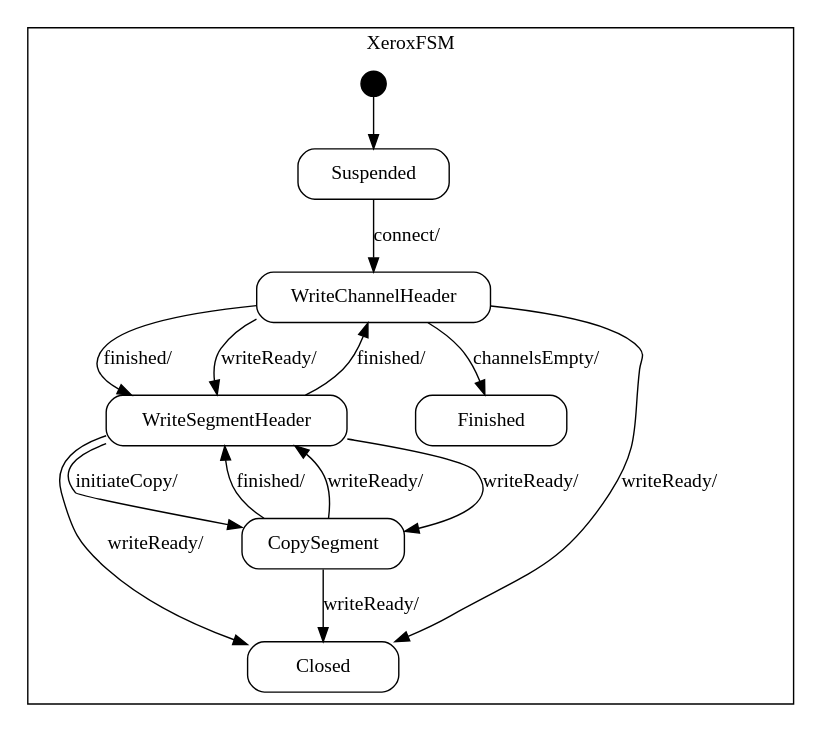
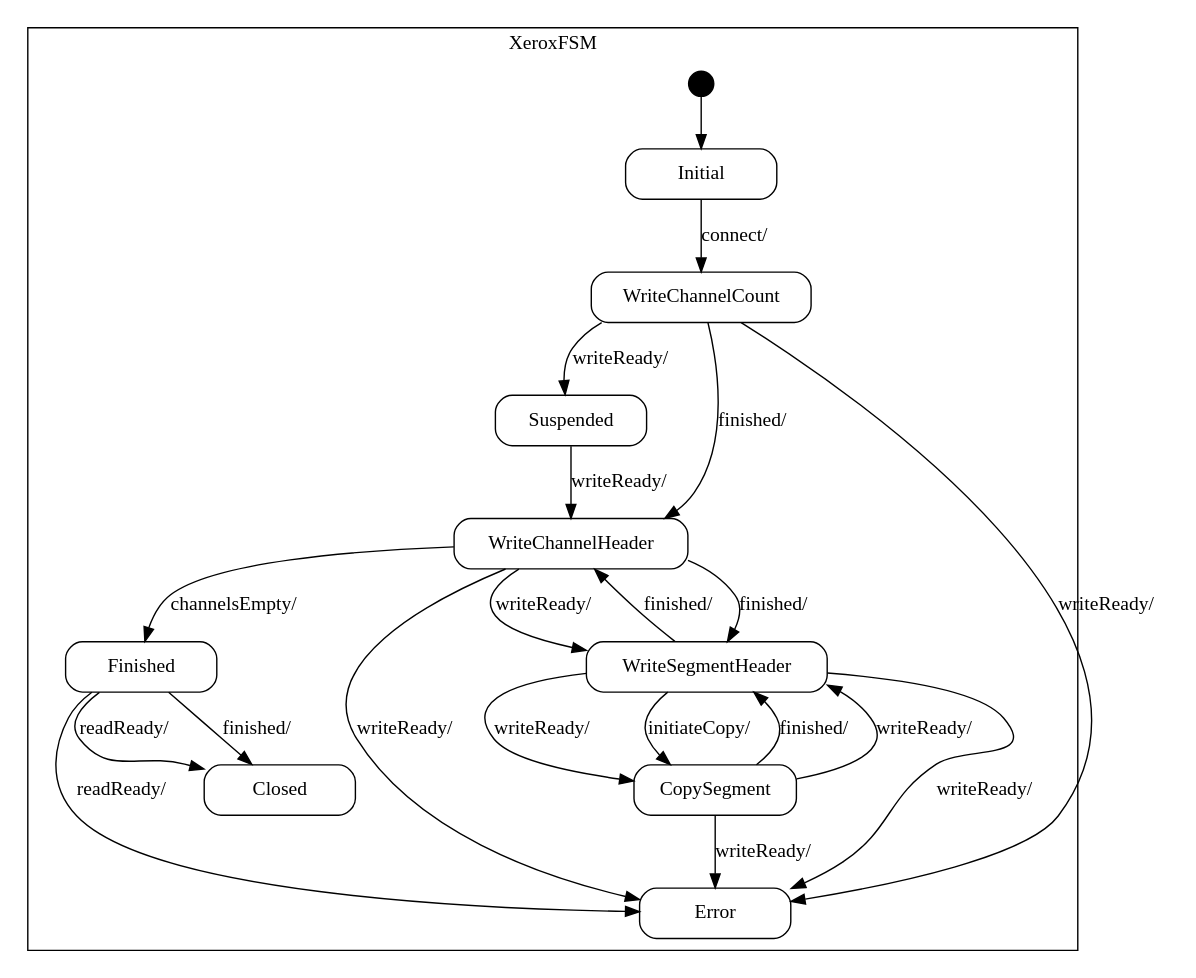
The diagram in spindle/doc/Xerox_sm.dot (vmehra-sfdc/Ouroboros), drawn with Graphviz before and after one commit. The commit also changed 10 other files, not shown here.

```diff
--- a/spindle/doc/Xerox_sm.dot
+++ b/spindle/doc/Xerox_sm.dot
@@ -1,78 +1,108 @@
 digraph Xerox {
 
     node
         [shape=Mrecord width=1.5];
 
     subgraph cluster_XeroxFSM {
 
         label="XeroxFSM";
 
         //
         // States (Nodes)
         //
+
+        "XeroxFSM::Initial"
+            [label="{Initial}"];
+
+        "XeroxFSM::WriteChannelCount"
+            [label="{WriteChannelCount}"];
 
         "XeroxFSM::Suspended"
             [label="{Suspended}"];
 
         "XeroxFSM::WriteChannelHeader"
             [label="{WriteChannelHeader}"];
 
         "XeroxFSM::WriteSegmentHeader"
             [label="{WriteSegmentHeader}"];
 
         "XeroxFSM::CopySegment"
             [label="{CopySegment}"];
 
         "XeroxFSM::Finished"
             [label="{Finished}"];
 
+        "XeroxFSM::Error"
+            [label="{Error}"];
+
         "XeroxFSM::Closed"
             [label="{Closed}"];
 
         "%start"
             [label="" shape=circle style=filled fillcolor=black width=0.25];
 
         //
         // Transitions (Edges)
         //
 
+        "XeroxFSM::Initial" -> "XeroxFSM::WriteChannelCount"
+            [label="connect/\l"];
+
+        "XeroxFSM::WriteChannelCount" -> "XeroxFSM::WriteChannelHeader"
+            [label="finished/\l"];
+
+        "XeroxFSM::WriteChannelCount" -> "XeroxFSM::Error"
+            [label="writeReady/\l"];
+
+        "XeroxFSM::WriteChannelCount" -> "XeroxFSM::Suspended"
+            [label="writeReady/\l"];
+
         "XeroxFSM::Suspended" -> "XeroxFSM::WriteChannelHeader"
-            [label="connect/\l"];
+            [label="writeReady/\l"];
 
         "XeroxFSM::WriteChannelHeader" -> "XeroxFSM::WriteSegmentHeader"
             [label="finished/\l"];
 
-        "XeroxFSM::WriteChannelHeader" -> "XeroxFSM::Closed"
+        "XeroxFSM::WriteChannelHeader" -> "XeroxFSM::Error"
             [label="writeReady/\l"];
 
         "XeroxFSM::WriteChannelHeader" -> "XeroxFSM::WriteSegmentHeader"
             [label="writeReady/\l"];
 
         "XeroxFSM::WriteChannelHeader" -> "XeroxFSM::Finished"
             [label="channelsEmpty/\l"];
 
-        "XeroxFSM::WriteSegmentHeader" -> "XeroxFSM::Closed"
+        "XeroxFSM::WriteSegmentHeader" -> "XeroxFSM::Error"
             [label="writeReady/\l"];
 
         "XeroxFSM::WriteSegmentHeader" -> "XeroxFSM::CopySegment"
             [label="writeReady/\l"];
 
         "XeroxFSM::WriteSegmentHeader" -> "XeroxFSM::CopySegment"
             [label="initiateCopy/\l"];
 
         "XeroxFSM::WriteSegmentHeader" -> "XeroxFSM::WriteChannelHeader"
             [label="finished/\l"];
 
         "XeroxFSM::CopySegment" -> "XeroxFSM::WriteSegmentHeader"
             [label="finished/\l"];
 
-        "XeroxFSM::CopySegment" -> "XeroxFSM::Closed"
+        "XeroxFSM::CopySegment" -> "XeroxFSM::Error"
             [label="writeReady/\l"];
 
         "XeroxFSM::CopySegment" -> "XeroxFSM::WriteSegmentHeader"
             [label="writeReady/\l"];
 
-        "%start" -> "XeroxFSM::Suspended"
+        "XeroxFSM::Finished" -> "XeroxFSM::Closed"
+            [label="finished/\l"];
+
+        "XeroxFSM::Finished" -> "XeroxFSM::Error"
+            [label="readReady/\l"];
+
+        "XeroxFSM::Finished" -> "XeroxFSM::Closed"
+            [label="readReady/\l"];
+
+        "%start" -> "XeroxFSM::Initial"
     }
 
 }
```
